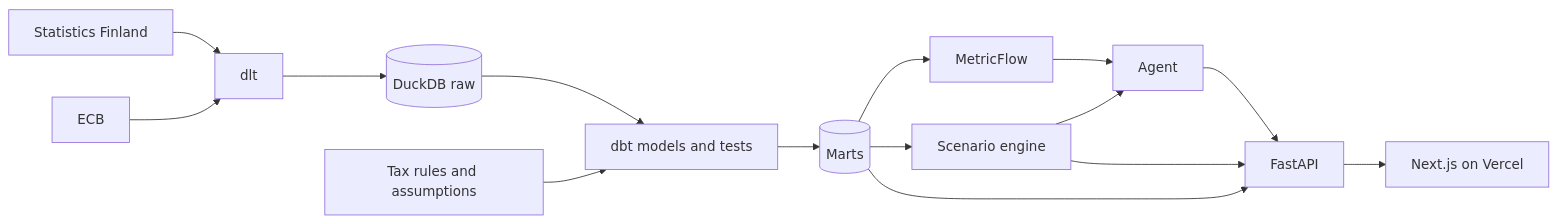
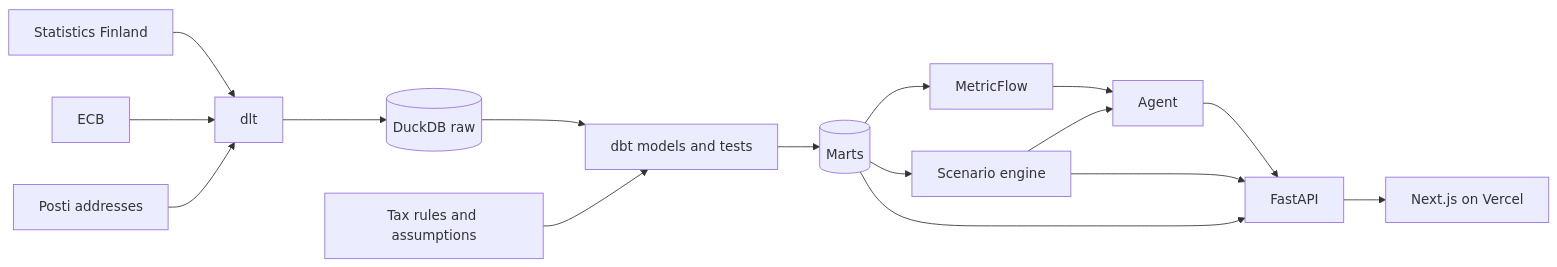
The diagram in README.md (eirasroger/asumisvalinta), drawn with Mermaid before and after one commit. The commit also changed other lines of this file and 19 other files, not shown here.

````diff
--- a/README.md
+++ b/README.md
@@ -25,17 +26,18 @@
 ```mermaid
 flowchart LR
     SF[Statistics Finland] --> DLT[dlt]
     ECB[ECB] --> DLT
+    POSTI[Posti addresses] --> DLT
     DLT --> RAW[(DuckDB raw)]
     RAW --> DBT[dbt models and tests]
     SEEDS[Tax rules and assumptions] --> DBT
     DBT --> MARTS[(Marts)]
     MARTS --> MF[MetricFlow]
     MARTS --> ENGINE[Scenario engine]
     MF --> AGENT[Agent]
     ENGINE --> AGENT
     MARTS --> API[FastAPI]
     ENGINE --> API
     AGENT --> API
     API --> WEB[Next.js on Vercel]
 ```
````
